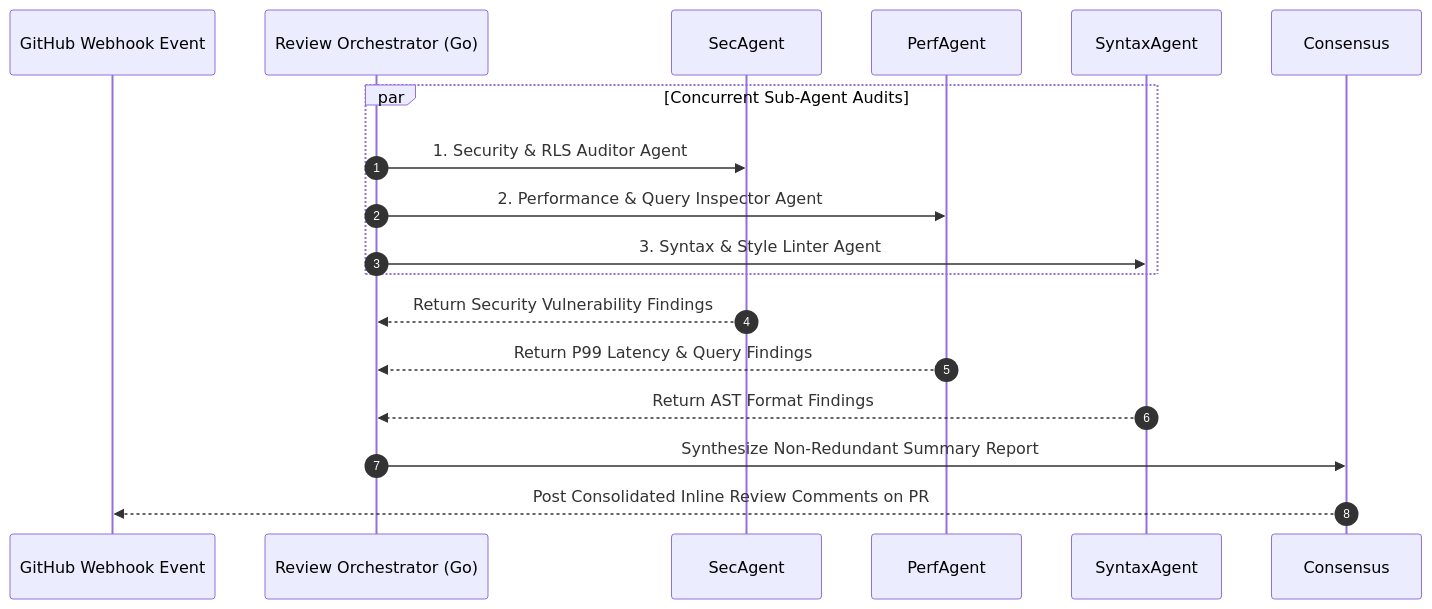
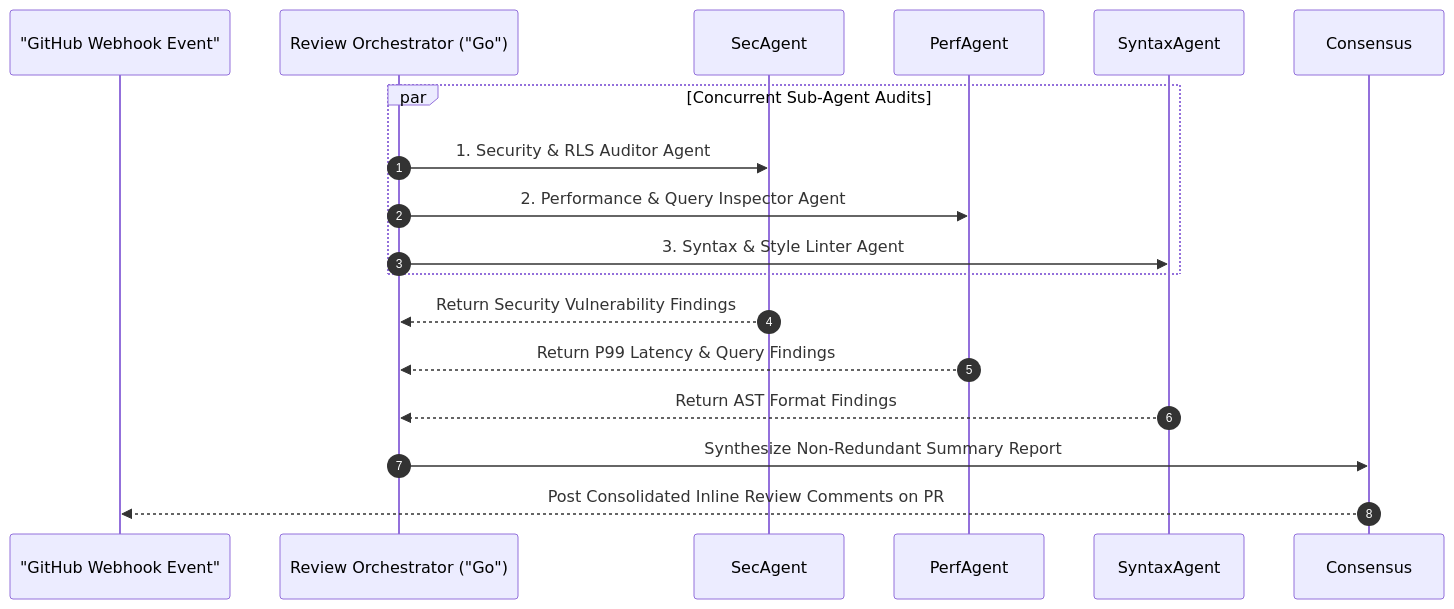
Before and after one commit to vesviet/vesviet: the diagram in content/series/ai-code-review-vibe-coding/part-4-review-pipeline-multi-agent.md, drawn with Mermaid. The commit also changed other lines of this file and 331 other files, not shown here.

````diff
--- a/content/series/ai-code-review-vibe-coding/part-4-review-pipeline-multi-agent.md
+++ b/content/series/ai-code-review-vibe-coding/part-4-review-pipeline-multi-agent.md
@@ -44,19 +47,19 @@
 ```mermaid
 sequenceDiagram
     autonumber
-    participant Git as GitHub Webhook Event
-    participant Orch as Review Orchestrator (Go)
+    participant Git as "GitHub Webhook Event"
+    participant Orch as Review Orchestrator ("Go")
     
     par Concurrent Sub-Agent Audits
         Orch->>SecAgent: 1. Security & RLS Auditor Agent
         Orch->>PerfAgent: 2. Performance & Query Inspector Agent
         Orch->>SyntaxAgent: 3. Syntax & Style Linter Agent
     end
 
     SecAgent-->>Orch: Return Security Vulnerability Findings
     PerfAgent-->>Orch: Return P99 Latency & Query Findings
     SyntaxAgent-->>Orch: Return AST Format Findings
 
     Orch->>Consensus: Synthesize Non-Redundant Summary Report
     Consensus-->>Git: Post Consolidated Inline Review Comments on PR
 ```
````
